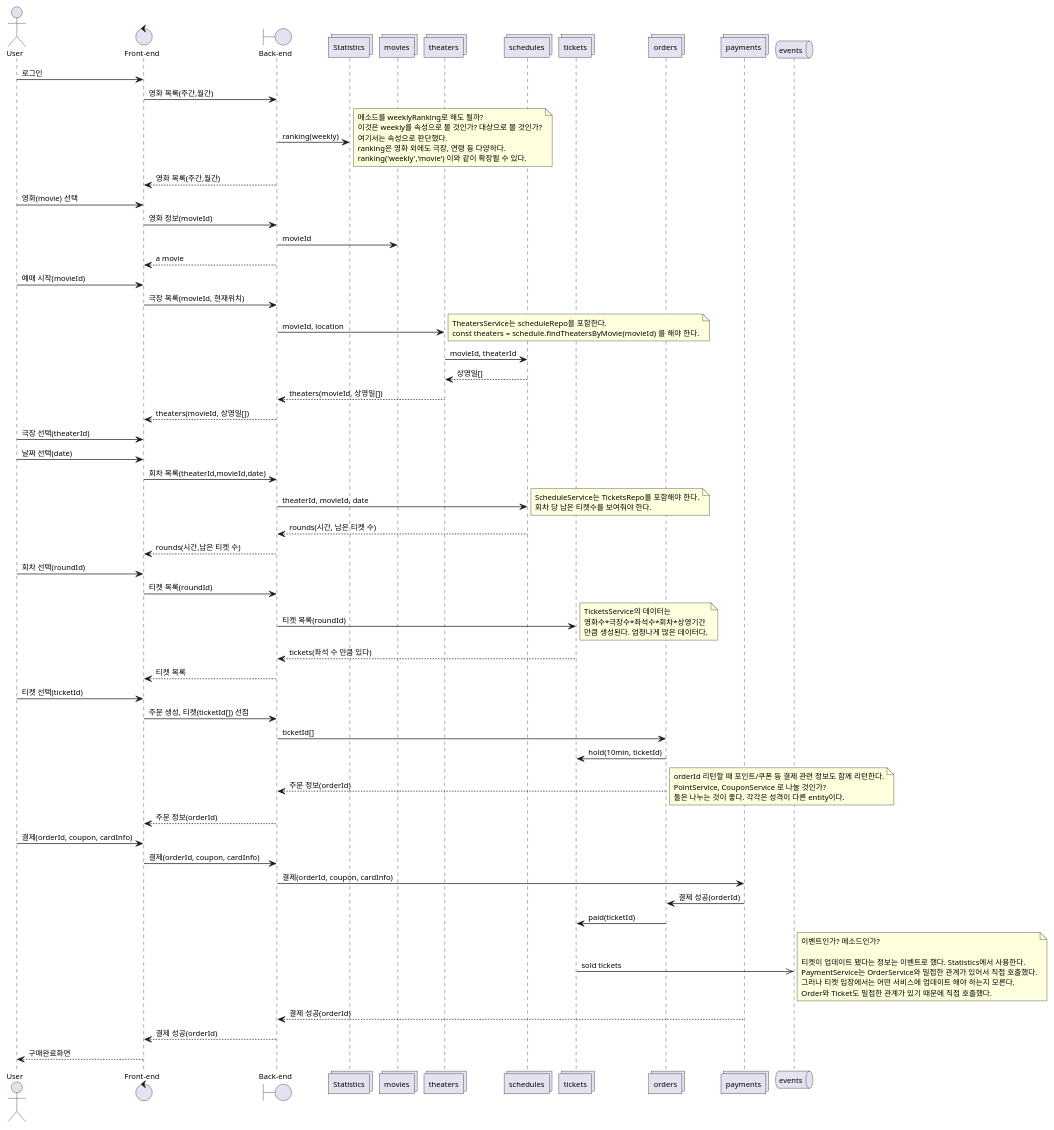
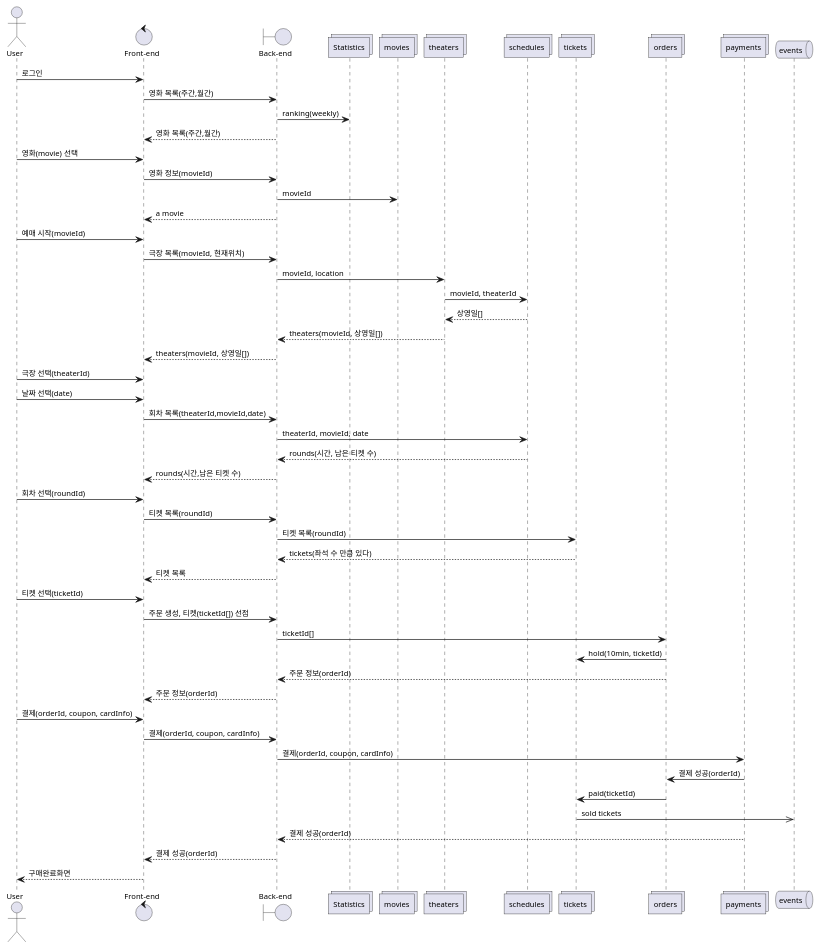
Before and after one commit to hunjuly/nestjs: the diagram in docs/buying-tickets.md, drawn with PlantUML. The commit also changed other lines of this file and 4 other files, not shown here.

````diff
--- a/docs/buying-tickets.md
+++ b/docs/buying-tickets.md
@@ -28,6 +70,6 @@
 ```plantuml
 @startuml
-skinparam shadowing false
+' skinparam shadowing false
 skinparam defaultFontSize 11
 
 actor user as "User"
@@ -45,13 +87,6 @@
 user -> front: 로그인
 front -> back: 영화 목록(주간,월간)
 back -> stats: ranking(weekly)
-    note right
-        메소드를 weeklyRanking로 해도 될까?
-        이것은 weekly를 속성으로 볼 것인가? 대상으로 볼 것인가?
-        여기서는 속성으로 판단했다.
-        ranking은 영화 외에도 극장, 연령 등 다양하다.
-        ranking('weekly','movie') 이와 같이 확장될 수 있다.
-    end note
 front <-- back: 영화 목록(주간,월간)
 user -> front: 영화(movie) 선택
 front -> back: 영화 정보(movieId)
@@ -60,10 +95,6 @@
 user -> front: 예매 시작(movieId)
 front -> back: 극장 목록(movieId, 현재위치)
 back -> theaters: movieId, location
-    note right
-        TheatersService는 scheduleRepo을 포함한다.
-        const theaters =  schedule.findTheatersByMovie(movieId) 를 해야 한다.
-    end note
 theaters -> schedules: movieId, theaterId
 theaters <-- schedules: 상영일[]
 back <-- theaters: theaters(movieId, 상영일[])
@@ -72,20 +103,11 @@
 user -> front: 날짜 선택(date)
 front -> back: 회차 목록(theaterId,movieId,date)
 back -> schedules: theaterId, movieId, date
-    note right
-        ScheduleService는 TicketsRepo를 포함해야 한다.
-        회차 당 남은 티켓수를 보여줘야 한다.
-    end note
 back <-- schedules: rounds(시간, 남은 티켓 수)
 front <-- back: rounds(시간,남은 티켓 수)
 user -> front: 회차 선택(roundId)
 front -> back: 티켓 목록(roundId)
 back -> tickets: 티켓 목록(roundId)
-    note right
-        TicketsService의 데이터는
-        영화수*극장수*좌석수*회차*상영기간
-        만큼 생성된다. 엄청나게 많은 데이터다.
-    end note
 back <-- tickets: tickets(좌석 수 만큼 있다)
 front <-- back: 티켓 목록
 user -> front: 티켓 선택(ticketId)
@@ -93,11 +115,6 @@
 back -> orders: ticketId[]
 tickets <- orders: hold(10min, ticketId)
 back <-- orders: 주문 정보(orderId)
-    note right
-        orderId 리턴할 때 포인트/쿠폰 등 결제 관련 정보도 함께 리턴한다.
-        PointService, CouponService 로 나눌 것인가?
-        둘은 나누는 것이 좋다. 각각은 성격이 다른 entity이다.
-    end note
 front <-- back: 주문 정보(orderId)
 user -> front: 결제(orderId, coupon, cardInfo)
 front -> back: 결제(orderId, coupon, cardInfo)
@@ -105,14 +122,6 @@
 orders <- payments: 결제 성공(orderId)
 tickets <- orders: paid(ticketId)
 tickets ->> events: sold tickets
-    note right
-        이벤트인가? 메소드인가?
-
-        티켓이 업데이트 됐다는 정보는 이벤트로 했다. Statistics에서 사용한다.
-        PaymentService는 OrderService와 밀접한 관계가 있어서 직접 호출했다.
-        그러나 티켓 입장에서는 어떤 서비스에 업데이트 해야 하는지 모른다.
-        Order와 Ticket도 밀접한 관계가 있기 때문에 직접 호출했다.
-    end note
 back <-- payments: 결제 성공(orderId)
 front <-- back: 결제 성공(orderId)
 user <-- front: 구매완료화면
````
